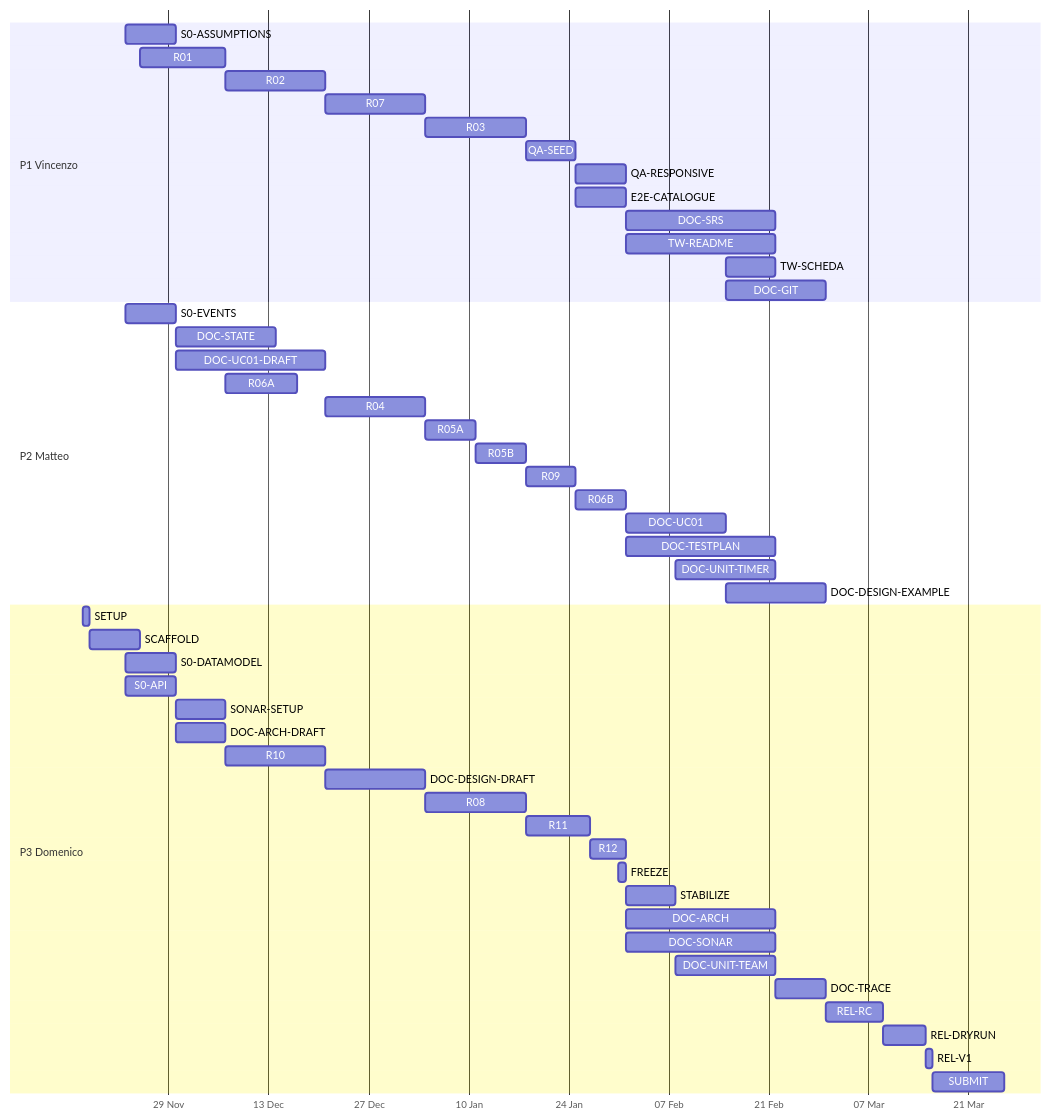
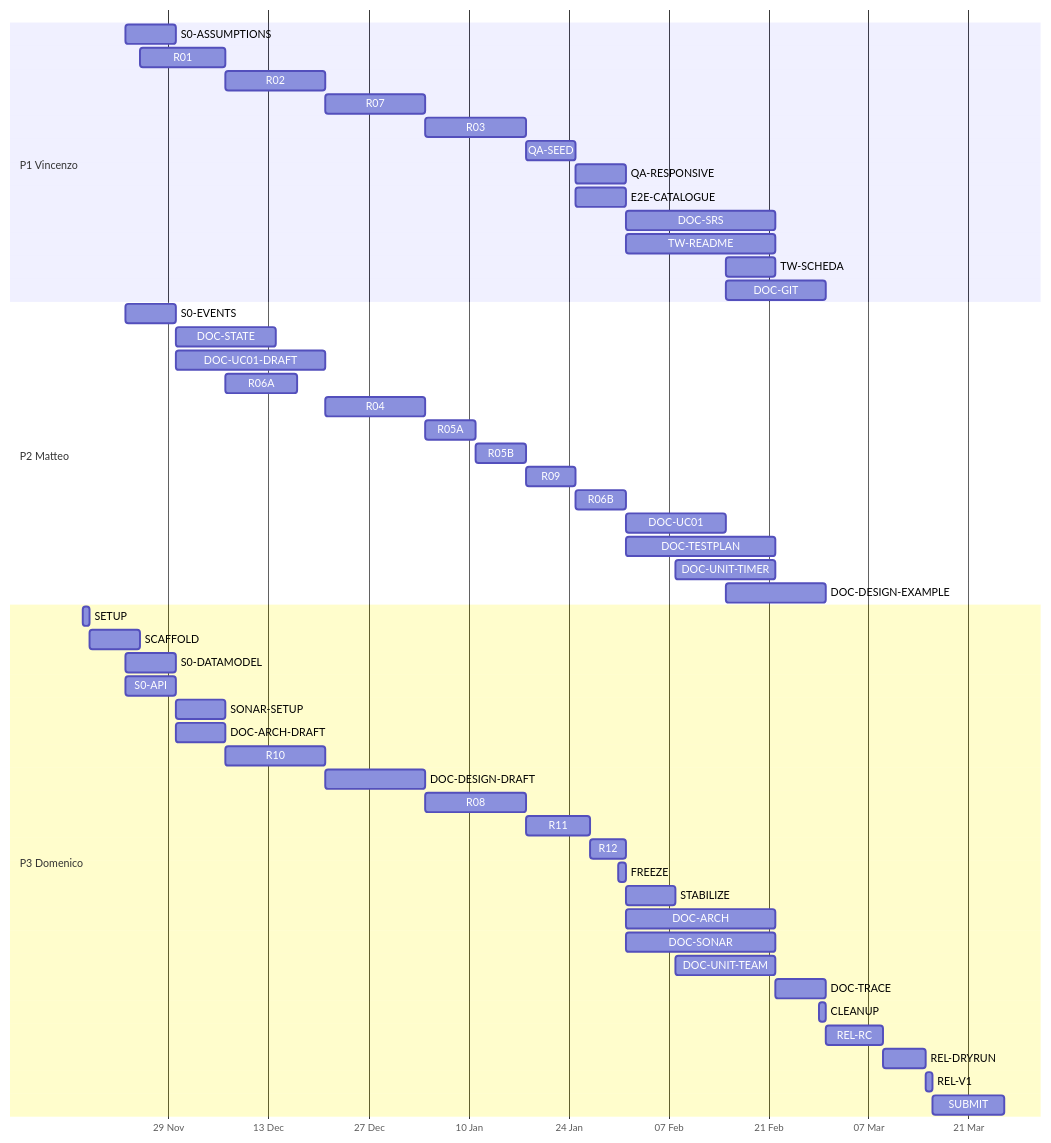
One commit to Mynamesdsuper/sidequest-group40 changed the third of 3 diagrams in docs/plan/PLAN.md. Above: the diagram before and after it, drawn with Mermaid. The commit also changed other lines of this file and 9 other files, not shown here.

````diff
--- a/docs/plan/PLAN.md
+++ b/docs/plan/PLAN.md
@@ -338,55 +340,56 @@
 ```mermaid
 gantt
   dateFormat YYYY-MM-DD
   axisFormat %d %b
   tickInterval 2week
   section P1 Vincenzo
   S0-ASSUMPTIONS :s0_assumptions, 2026-11-23, 7d
   R01 :r01, 2026-11-25, 12d
   R02 :r02, 2026-12-07, 14d
   R07 :r07, 2026-12-21, 14d
   R03 :r03, 2027-01-04, 14d
   QA-SEED :qa_seed, 2027-01-18, 7d
   QA-RESPONSIVE :qa_responsive, 2027-01-25, 7d
   E2E-CATALOGUE :e2e_catalogue, 2027-01-25, 7d
   DOC-SRS :doc_srs, 2027-02-01, 21d
   TW-README :tw_readme, 2027-02-01, 21d
   TW-SCHEDA :tw_scheda, 2027-02-15, 7d
   DOC-GIT :doc_git, 2027-02-15, 14d
   section P2 Matteo
   S0-EVENTS :s0_events, 2026-11-23, 7d
   DOC-STATE :doc_state, 2026-11-30, 14d
   DOC-UC01-DRAFT :doc_uc01_draft, 2026-11-30, 21d
   R06A :r06a, 2026-12-07, 10d
   R04 :r04, 2026-12-21, 14d
   R05A :r05a, 2027-01-04, 7d
   R05B :r05b, 2027-01-11, 7d
   R09 :r09, 2027-01-18, 7d
   R06B :r06b, 2027-01-25, 7d
   DOC-UC01 :doc_uc01, 2027-02-01, 14d
   DOC-TESTPLAN :doc_testplan, 2027-02-01, 21d
   DOC-UNIT-TIMER :doc_unit_timer, 2027-02-08, 14d
   DOC-DESIGN-EXAMPLE :doc_design_example, 2027-02-15, 14d
   section P3 Domenico
   SETUP :setup, 2026-11-17, 1d
   SCAFFOLD :scaffold, 2026-11-18, 7d
   S0-DATAMODEL :s0_datamodel, 2026-11-23, 7d
   S0-API :s0_api, 2026-11-23, 7d
   SONAR-SETUP :sonar_setup, 2026-11-30, 7d
   DOC-ARCH-DRAFT :doc_arch_draft, 2026-11-30, 7d
   R10 :r10, 2026-12-07, 14d
   DOC-DESIGN-DRAFT :doc_design_draft, 2026-12-21, 14d
   R08 :r08, 2027-01-04, 14d
   R11 :r11, 2027-01-18, 9d
   R12 :r12, 2027-01-27, 5d
   FREEZE :freeze, 2027-01-31, 1d
   STABILIZE :stabilize, 2027-02-01, 7d
   DOC-ARCH :doc_arch, 2027-02-01, 21d
   DOC-SONAR :doc_sonar, 2027-02-01, 21d
   DOC-UNIT-TEAM :doc_unit_team, 2027-02-08, 14d
   DOC-TRACE :doc_trace, 2027-02-22, 7d
+  CLEANUP :cleanup, 2027-02-28, 1d
   REL-RC :rel_rc, 2027-03-01, 8d
   REL-DRYRUN :rel_dryrun, 2027-03-09, 6d
   REL-V1 :rel_v1, 2027-03-15, 1d
   SUBMIT :submit, 2027-03-16, 10d
 ```
````
